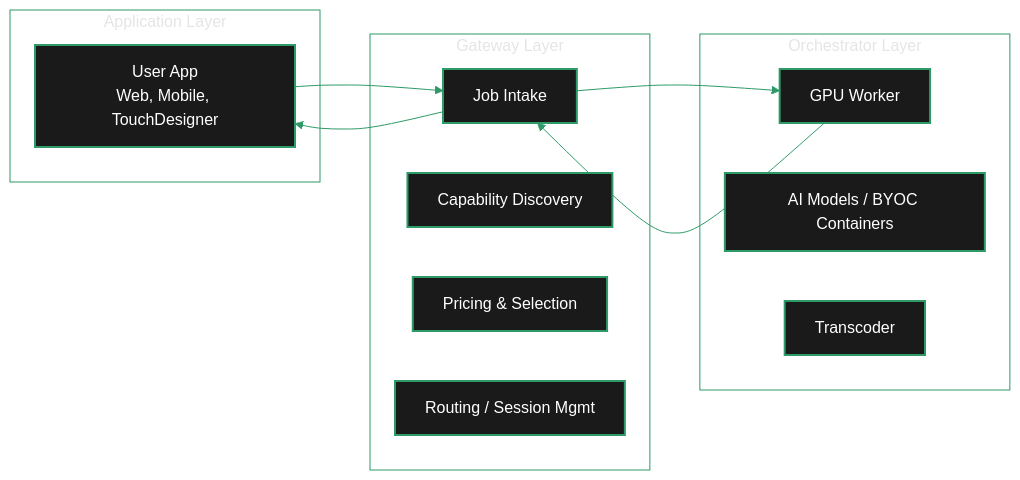
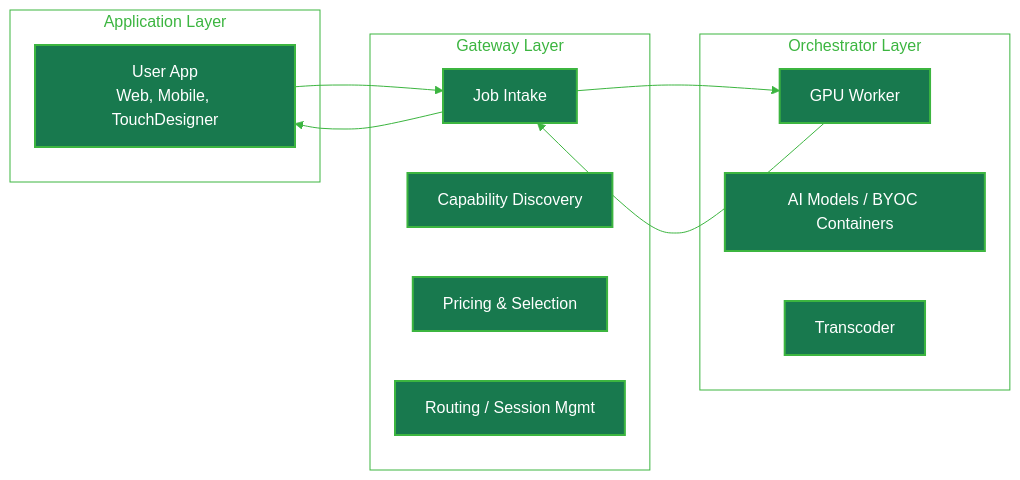
One commit to its-DeFine/docs changed the first of 3 diagrams in v2/gateways/concepts/architecture.mdx. Above: the diagram before and after it, drawn with Mermaid. The commit also changed other lines of this file and 87 other files, not shown here.

````diff
--- a/v2/gateways/concepts/architecture.mdx
+++ b/v2/gateways/concepts/architecture.mdx
@@ -49,23 +49,23 @@
 ```mermaid
-%%{init: {'theme': 'base', 'themeVariables': { 'primaryColor': '#1a1a1a', 'primaryTextColor': '#fff', 'primaryBorderColor': '#2d9a67', 'lineColor': '#2d9a67', 'secondaryColor': '#0d0d0d', 'tertiaryColor': '#1a1a1a', 'background': '#0d0d0d', 'fontFamily': 'system-ui', 'clusterBkg': 'rgba(255,255,255,0.05)', 'clusterBorder': '#2d9a67' }}}%%
+%%{init: {'theme': 'base', 'themeVariables': {'primaryColor': '#18794E', 'primaryTextColor': '#fff', 'primaryBorderColor': '#3CB540', 'lineColor': '#3CB540', 'mainBkg': '#18794E', 'nodeBorder': '#3CB540', 'clusterBkg': 'transparent', 'clusterBorder': '#3CB540', 'titleColor': '#3CB540', 'edgeLabelBackground': 'transparent', 'textColor': '#3CB540', 'nodeTextColor': '#fff'}}}%%
 graph LR
     classDef default stroke-width:2px
     subgraph APP[Application Layer]
         X["User App<br/>Web, Mobile, TouchDesigner"]
     end
     subgraph GW[Gateway Layer]
         G1[Job Intake]
         G2[Capability Discovery]
         G3[Pricing & Selection]
         G4[Routing / Session Mgmt]
     end
     subgraph ORC[Orchestrator Layer]
         O1[GPU Worker]
         O2[AI Models / BYOC Containers]
         O3[Transcoder]
     end
     X --> G1
     G1 --> O1
     O1 --> G1
     G1 --> X
 ```
````
